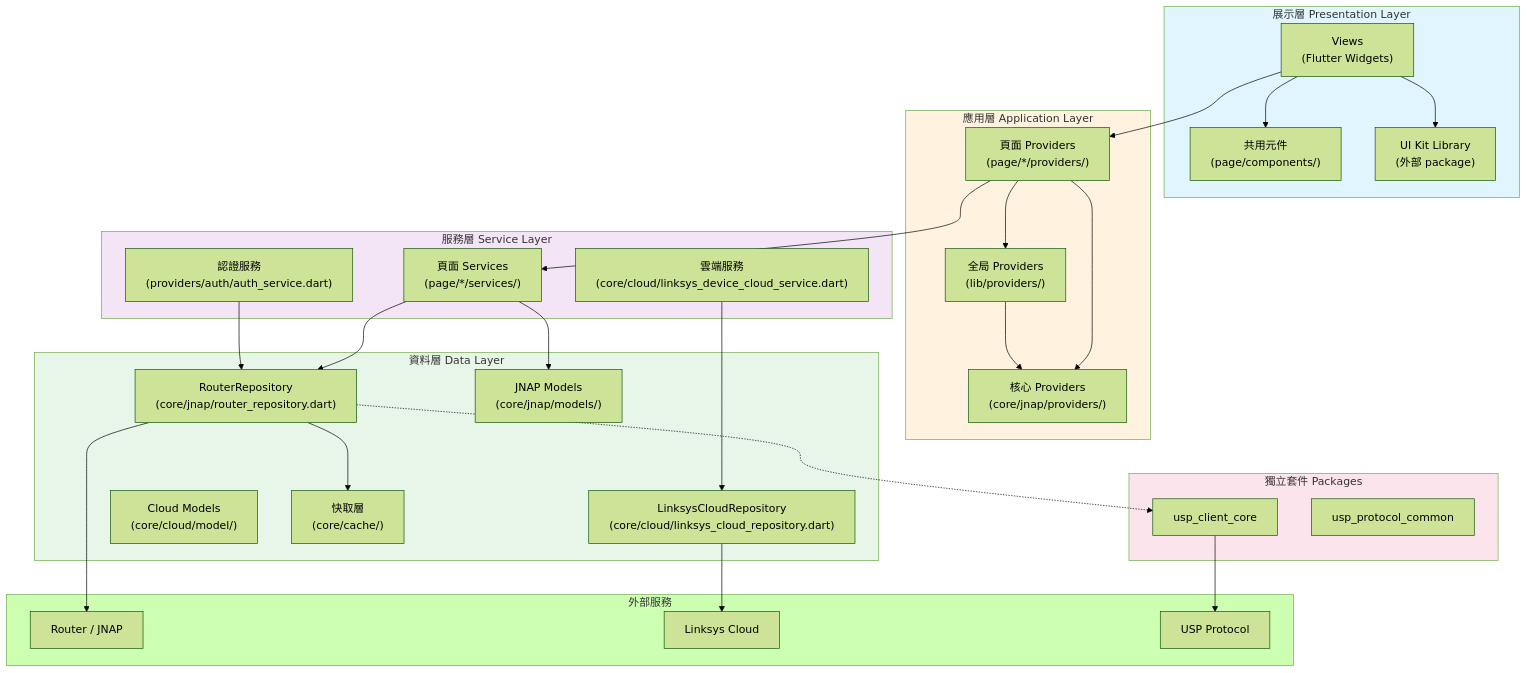
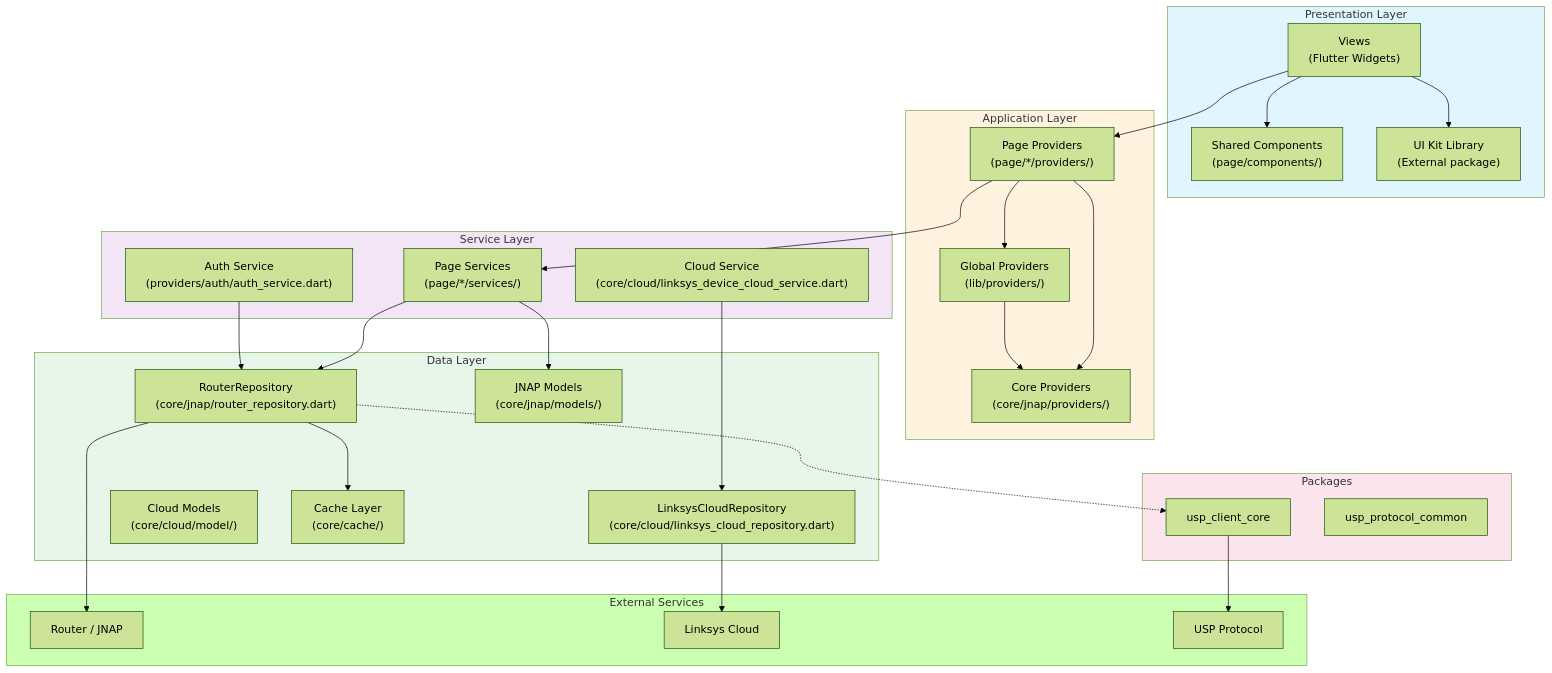
Before and after one commit to linksys/PrivacyGUI: the first of 2 diagrams in doc/audit/architecture-analysis.md, drawn with Mermaid (forest theme). The commit also changed other lines of this file and 2 other files, not shown here.

````diff
--- a/doc/audit/architecture-analysis.md
+++ b/doc/audit/architecture-analysis.md
@@ -18,66 +18,66 @@
 ```mermaid
 graph TB
-    subgraph External["外部服務"]
+    subgraph External["External Services"]
         Router["Router / JNAP"]
         Cloud["Linksys Cloud"]
         USP["USP Protocol"]
     end
-    
-    subgraph PresentationLayer["展示層 Presentation Layer"]
+
+    subgraph PresentationLayer["Presentation Layer"]
         Views["Views<br/>(Flutter Widgets)"]
-        Components["共用元件<br/>(page/components/)"]
-        UIKit["UI Kit Library<br/>(外部 package)"]
+        Components["Shared Components<br/>(page/components/)"]
+        UIKit["UI Kit Library<br/>(External package)"]
     end
-    
-    subgraph ApplicationLayer["應用層 Application Layer"]
-        PageProviders["頁面 Providers<br/>(page/*/providers/)"]
-        GlobalProviders["全局 Providers<br/>(lib/providers/)"]
-        CoreProviders["核心 Providers<br/>(core/jnap/providers/)"]
+
+    subgraph ApplicationLayer["Application Layer"]
+        PageProviders["Page Providers<br/>(page/*/providers/)"]
+        GlobalProviders["Global Providers<br/>(lib/providers/)"]
+        CoreProviders["Core Providers<br/>(core/jnap/providers/)"]
     end
-    
-    subgraph ServiceLayer["服務層 Service Layer"]
-        PageServices["頁面 Services<br/>(page/*/services/)"]
-        AuthService["認證服務<br/>(providers/auth/auth_service.dart)"]
-        CloudService["雲端服務<br/>(core/cloud/linksys_device_cloud_service.dart)"]
+
+    subgraph ServiceLayer["Service Layer"]
+        PageServices["Page Services<br/>(page/*/services/)"]
+        AuthService["Auth Service<br/>(providers/auth/auth_service.dart)"]
+        CloudService["Cloud Service<br/>(core/cloud/linksys_device_cloud_service.dart)"]
     end
-    
-    subgraph DataLayer["資料層 Data Layer"]
+
+    subgraph DataLayer["Data Layer"]
         RouterRepo["RouterRepository<br/>(core/jnap/router_repository.dart)"]
         CloudRepo["LinksysCloudRepository<br/>(core/cloud/linksys_cloud_repository.dart)"]
         JnapModels["JNAP Models<br/>(core/jnap/models/)"]
         CloudModels["Cloud Models<br/>(core/cloud/model/)"]
-        Cache["快取層<br/>(core/cache/)"]
+        Cache["Cache Layer<br/>(core/cache/)"]
     end
-    
-    subgraph PackagesLayer["獨立套件 Packages"]
+
+    subgraph PackagesLayer["Packages"]
         UspCore["usp_client_core"]
         UspCommon["usp_protocol_common"]
     end
-    
+
     Views --> Components
     Views --> UIKit
     Views --> PageProviders
-    
+
     PageProviders --> PageServices
     PageProviders --> GlobalProviders
     PageProviders --> CoreProviders
-    
+
     GlobalProviders --> CoreProviders
-    
+
     PageServices --> RouterRepo
     PageServices --> JnapModels
     AuthService --> RouterRepo
     CloudService --> CloudRepo
-    
+
     RouterRepo --> Router
     RouterRepo --> Cache
     CloudRepo --> Cloud
     RouterRepo -.-> UspCore
     UspCore --> USP
-    
+
     style PresentationLayer fill:#e1f5fe
     style ApplicationLayer fill:#fff3e0
     style ServiceLayer fill:#f3e5f5
     style DataLayer fill:#e8f5e9
     style PackagesLayer fill:#fce4ec
 ```
````
